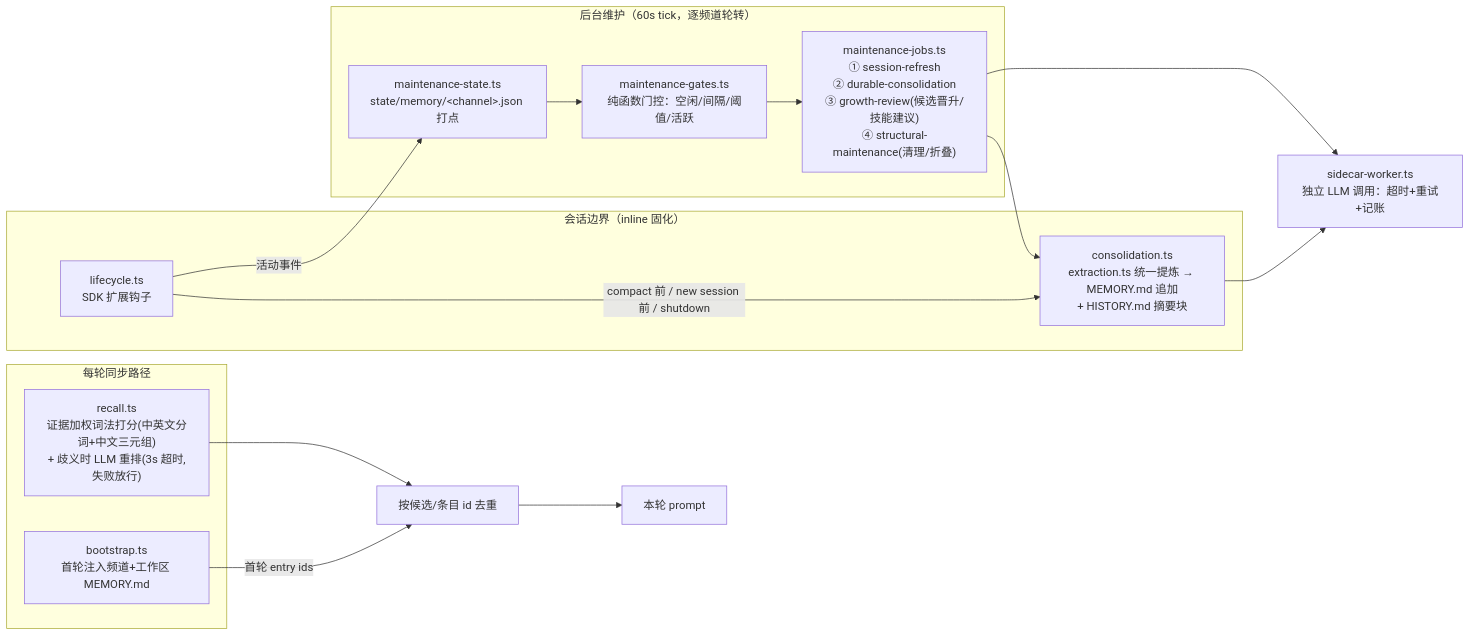
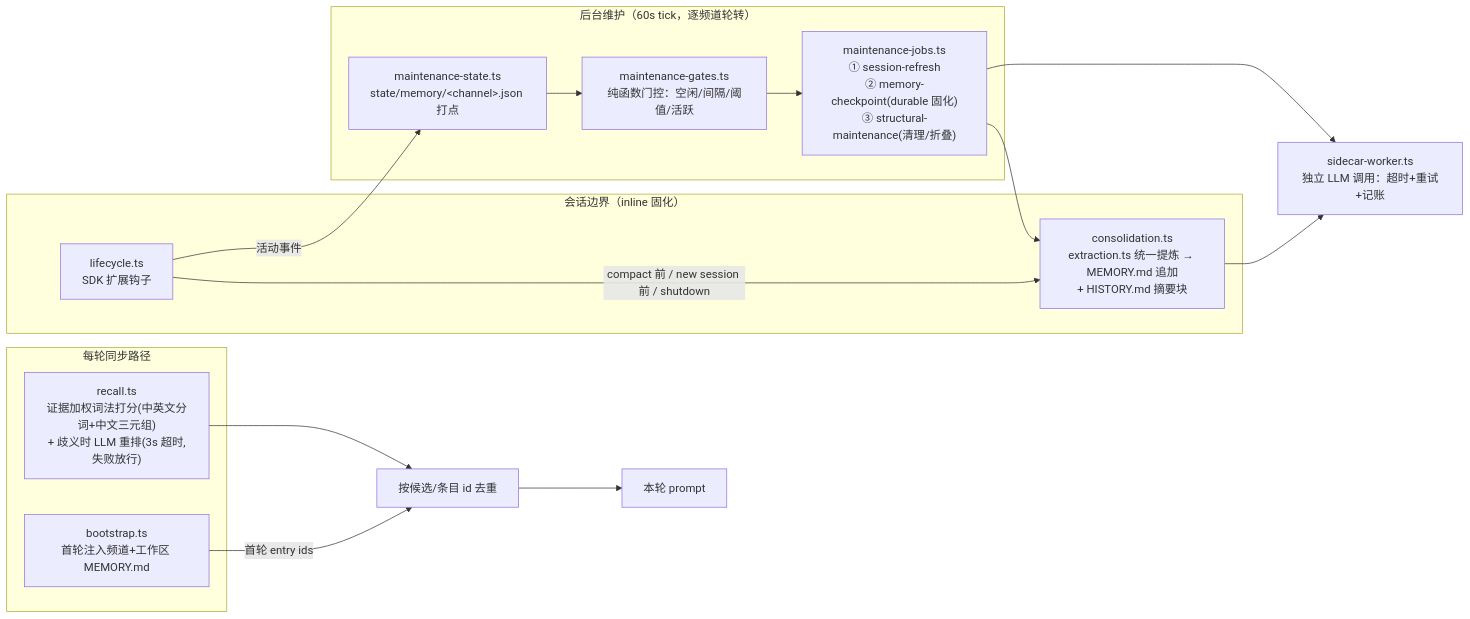
One commit to oyasmi/pipiclaw changed the third of 4 diagrams in docs/architecture.md. Above: the diagram before and after it, drawn with Mermaid. The commit also changed other lines of this file and 36 other files, not shown here.

First line of the commit message:
refactor(memory): merge consolidation+growth review into single memory checkpoint

````diff
--- a/docs/architecture.md
+++ b/docs/architecture.md
@@ -190,28 +190,28 @@
 ```mermaid
 flowchart LR
     subgraph turn [每轮同步路径]
         RECALL["recall.ts<br/>证据加权词法打分(中英文分词+中文三元组)<br/>+ 歧义时 LLM 重排(3s 超时,失败放行)"]
         BOOT["bootstrap.ts<br/>首轮注入频道+工作区 MEMORY.md"]
     end
 
     subgraph boundary [会话边界（inline 固化）]
         LC["lifecycle.ts<br/>SDK 扩展钩子"]
         CONS["consolidation.ts<br/>extraction.ts 统一提炼 → MEMORY.md 追加<br/>+ HISTORY.md 摘要块"]
     end
 
     subgraph sched [后台维护（60s tick，逐频道轮转）]
         GATES["maintenance-gates.ts<br/>纯函数门控：空闲/间隔/阈值/活跃"]
-        JOBS["maintenance-jobs.ts<br/>① session-refresh<br/>② durable-consolidation<br/>③ growth-review(候选晋升/技能建议)<br/>④ structural-maintenance(清理/折叠)"]
+        JOBS["maintenance-jobs.ts<br/>① session-refresh<br/>② memory-checkpoint(durable 固化)<br/>③ structural-maintenance(清理/折叠)"]
         STATE["maintenance-state.ts<br/>state/memory/&lt;channel&gt;.json 打点"]
     end
 
     SIDE["sidecar-worker.ts<br/>独立 LLM 调用：超时+重试+记账"]
 
     BOOT -->|首轮 entry ids| DEDUPE[按候选/条目 id 去重]
     RECALL --> DEDUPE --> PROMPT[本轮 prompt]
     LC -->|compact 前 / new session 前 / shutdown| CONS
     GATES --> JOBS --> CONS
     JOBS --> SIDE
     CONS --> SIDE
     LC -->|活动事件| STATE --> GATES
 ```
````
